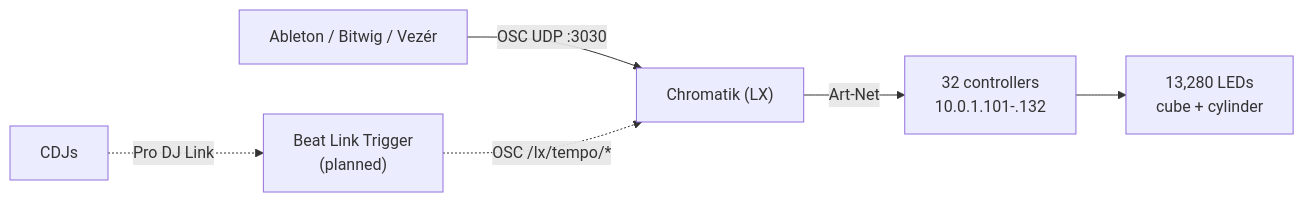
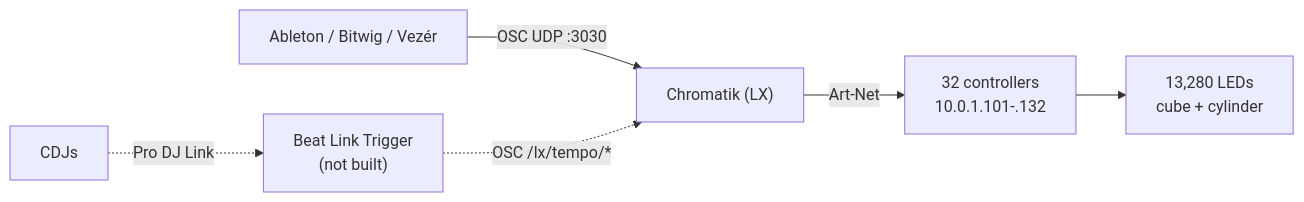
The diagram in docs/infrastructure/lighting-control.md (Apotheneum/Apotheneum), drawn with Mermaid before and after one commit. The commit also changed other lines of this file and 8 other files, not shown here.

````diff
--- a/docs/infrastructure/lighting-control.md
+++ b/docs/infrastructure/lighting-control.md
@@ -5,8 +3,8 @@
 ```mermaid
 flowchart LR
     APPS["Ableton / Bitwig / Vezér"] -->|"OSC UDP :3030"| CHR["Chromatik (LX)"]
-    CDJ["CDJs"] -.->|"Pro DJ Link"| BLT["Beat Link Trigger<br>(planned)"]
+    CDJ["CDJs"] -.->|"Pro DJ Link"| BLT["Beat Link Trigger<br>(not built)"]
     BLT -.->|"OSC /lx/tempo/*"| CHR
     CHR -->|"Art-Net"| CTRL["32 controllers<br>10.0.1.101-.132"]
     CTRL --> LEDS["13,280 LEDs<br>cube + cylinder"]
 ```
````
